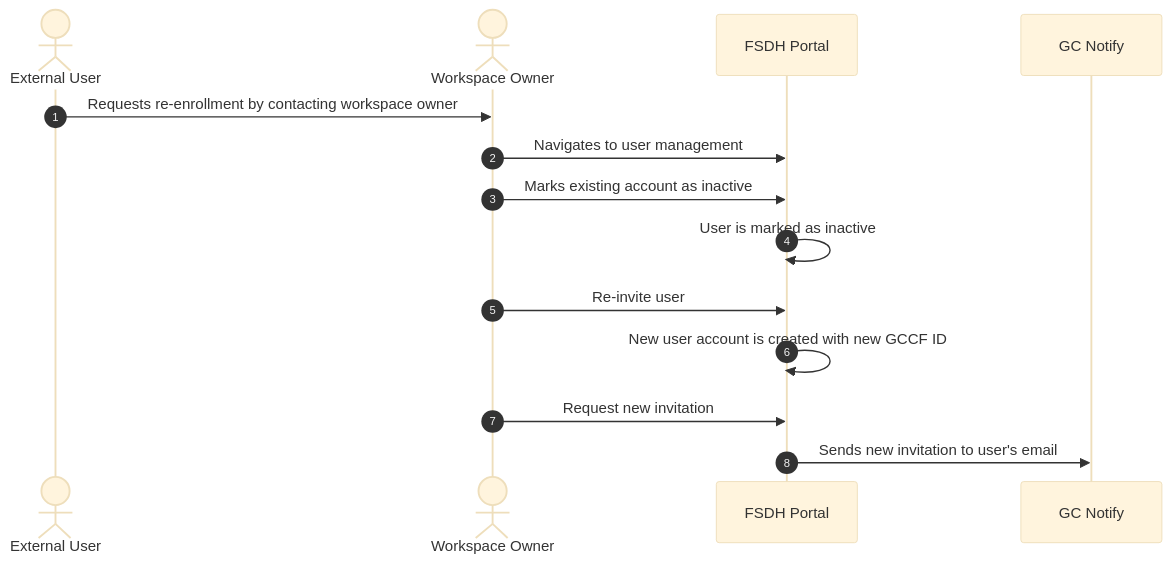
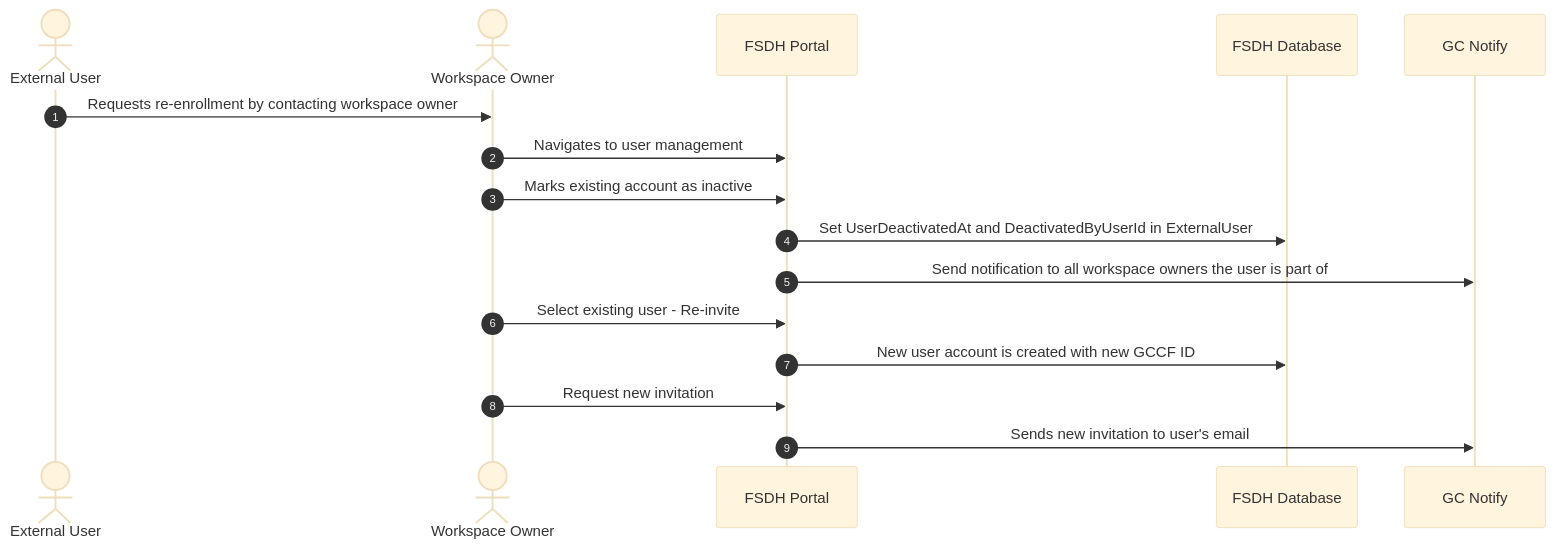
The ninth of 12 diagrams in DeveloperGuide/GCCF/AuthenticationFlows.md (ssc-sp/datahub-docs), drawn with Mermaid (base theme) before and after one commit. The commit also changed other lines of this file and 2 other files, not shown here.

````diff
--- a/DeveloperGuide/GCCF/AuthenticationFlows.md
+++ b/DeveloperGuide/GCCF/AuthenticationFlows.md
@@ -269,17 +289,19 @@
 ```mermaid
 sequenceDiagram
     actor User as External User
     actor Owner as Workspace Owner
     participant FSDH as FSDH Portal
+    participant DB as FSDH Database
     participant GCNotify as GC Notify
 
     autonumber
     User->>Owner: Requests re-enrollment by contacting workspace owner
     Owner->>FSDH: Navigates to user management
     Owner->>FSDH: Marks existing account as inactive
-    FSDH->>FSDH: User is marked as inactive
-    Owner->>FSDH: Re-invite user
-    FSDH->>FSDH: New user account is created with new GCCF ID
+    FSDH->>DB: Set UserDeactivatedAt and DeactivatedByUserId in ExternalUser
+    FSDH->>GCNotify: Send notification to all workspace owners the user is part of
+    Owner->>FSDH: Select existing user - Re-invite
+    FSDH->>DB: New user account is created with new GCCF ID
     Owner->>FSDH: Request new invitation
     FSDH->>GCNotify: Sends new invitation to user's email
 ```
````
